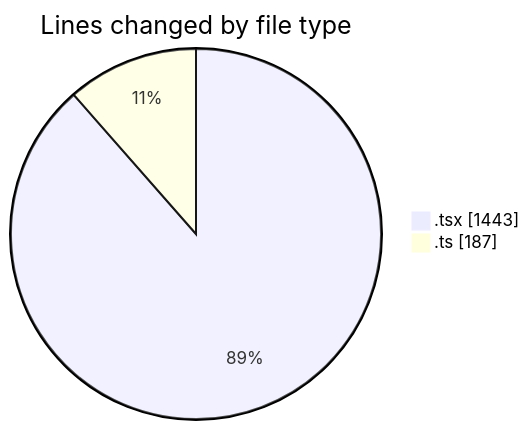
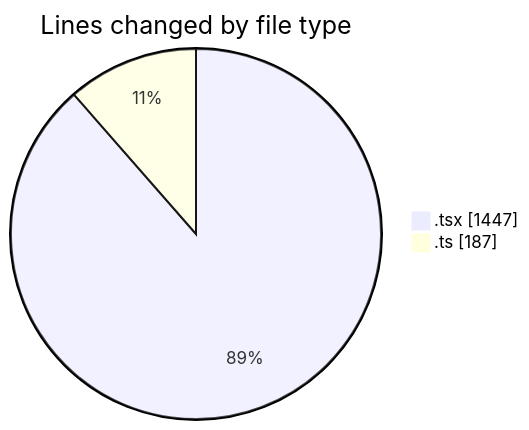
The first of 2 diagrams in 2025-02-03/mbc-web/README.md (robertbonfada/code-tracking), drawn with Mermaid before and after one commit. The commit also changed other lines of this file and 1 other file, not shown here.

````diff
--- a/2025-02-03/mbc-web/README.md
+++ b/2025-02-03/mbc-web/README.md
@@ -25,6 +25,6 @@
 ```mermaid
 pie showData
 title Lines changed by file type
-".tsx" : 1443
+".tsx" : 1447
 ".ts" : 187
 ```
````
